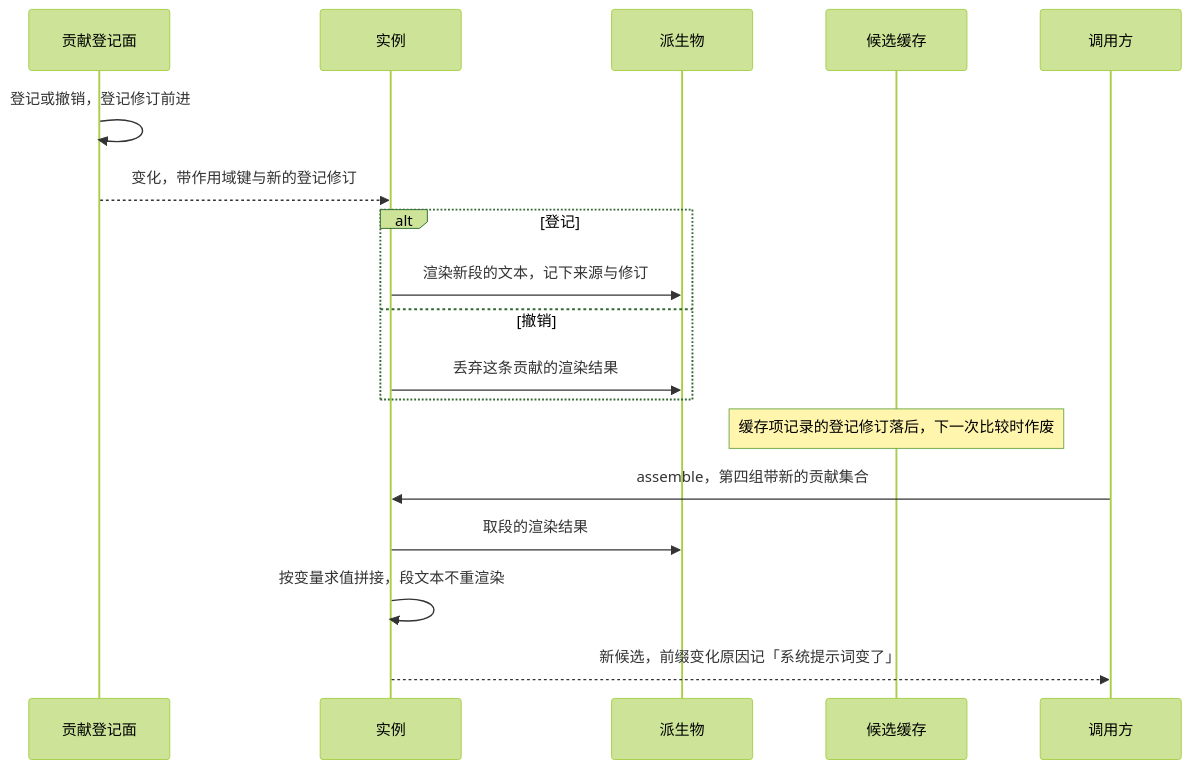
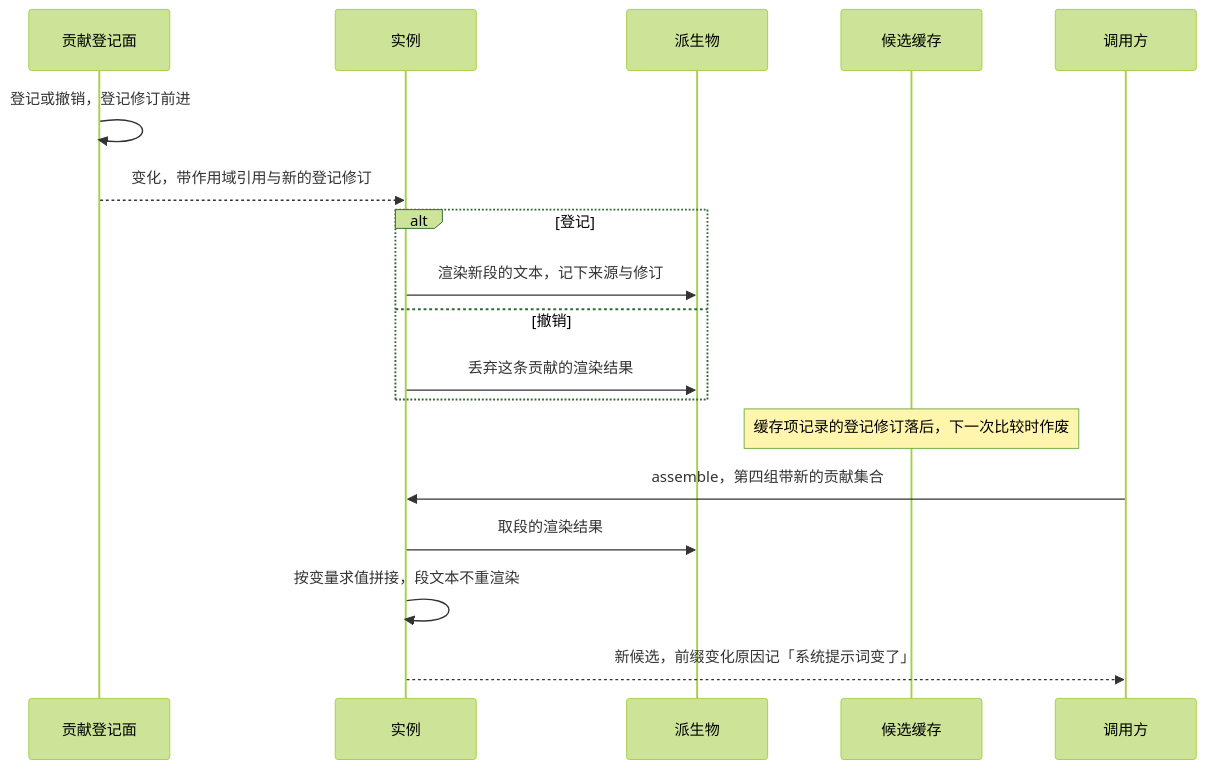
One commit to nemori-ai/omne-harness-lite changed the second of 3 diagrams in packages/context/request-context/docs/flows.md. Above: the diagram before and after it, drawn with Mermaid (forest theme). The commit also changed other lines of this file and 70 other files, not shown here.

````diff
--- a/packages/context/request-context/docs/flows.md
+++ b/packages/context/request-context/docs/flows.md
@@ -58,20 +58,20 @@
 ```mermaid
 sequenceDiagram
   participant R as 贡献登记面
   participant I as 实例
   participant D as 派生物
   participant K as 候选缓存
   participant C as 调用方
   R->>R: 登记或撤销，登记修订前进
-  R-->>I: 变化，带作用域键与新的登记修订
+  R-->>I: 变化，带作用域引用与新的登记修订
   alt 登记
     I->>D: 渲染新段的文本，记下来源与修订
   else 撤销
     I->>D: 丢弃这条贡献的渲染结果
   end
   Note over K: 缓存项记录的登记修订落后，下一次比较时作废
   C->>I: assemble，第四组带新的贡献集合
   I->>D: 取段的渲染结果
   I->>I: 按变量求值拼接，段文本不重渲染
   I-->>C: 新候选，前缀变化原因记「系统提示词变了」
 ```
````
